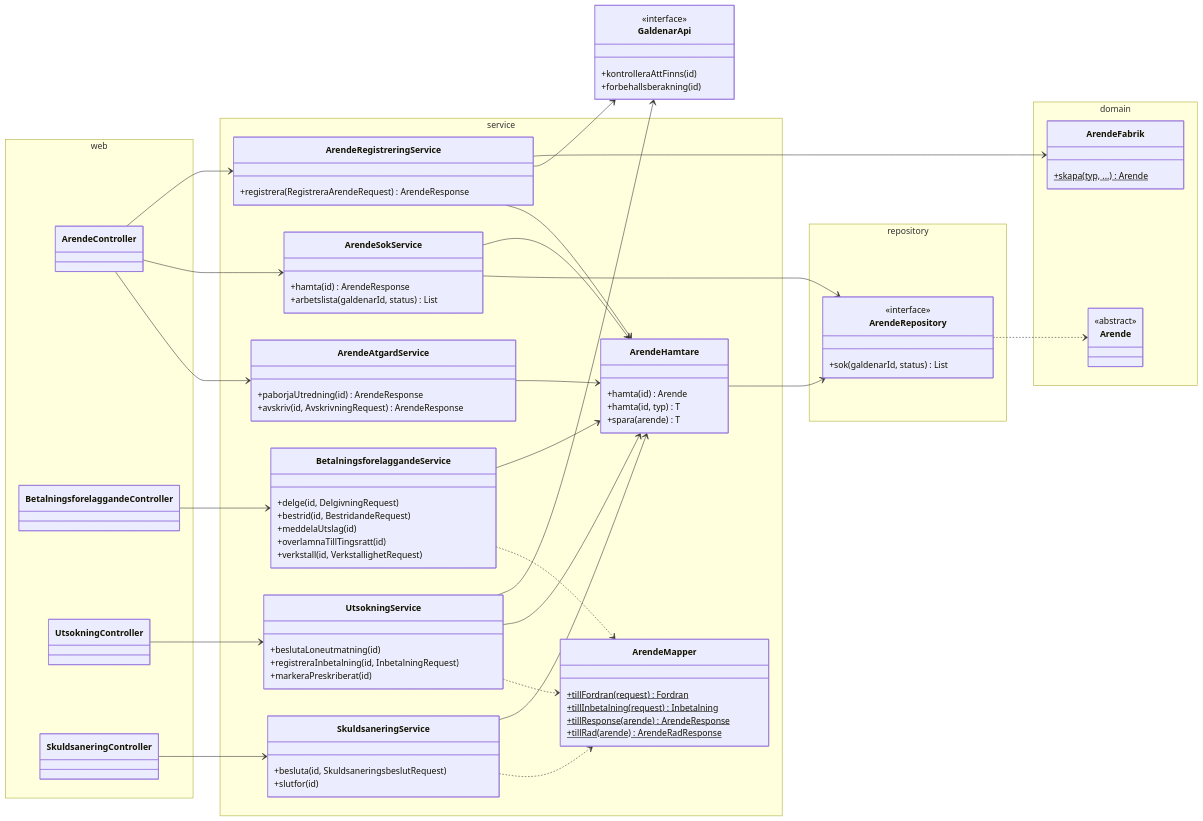
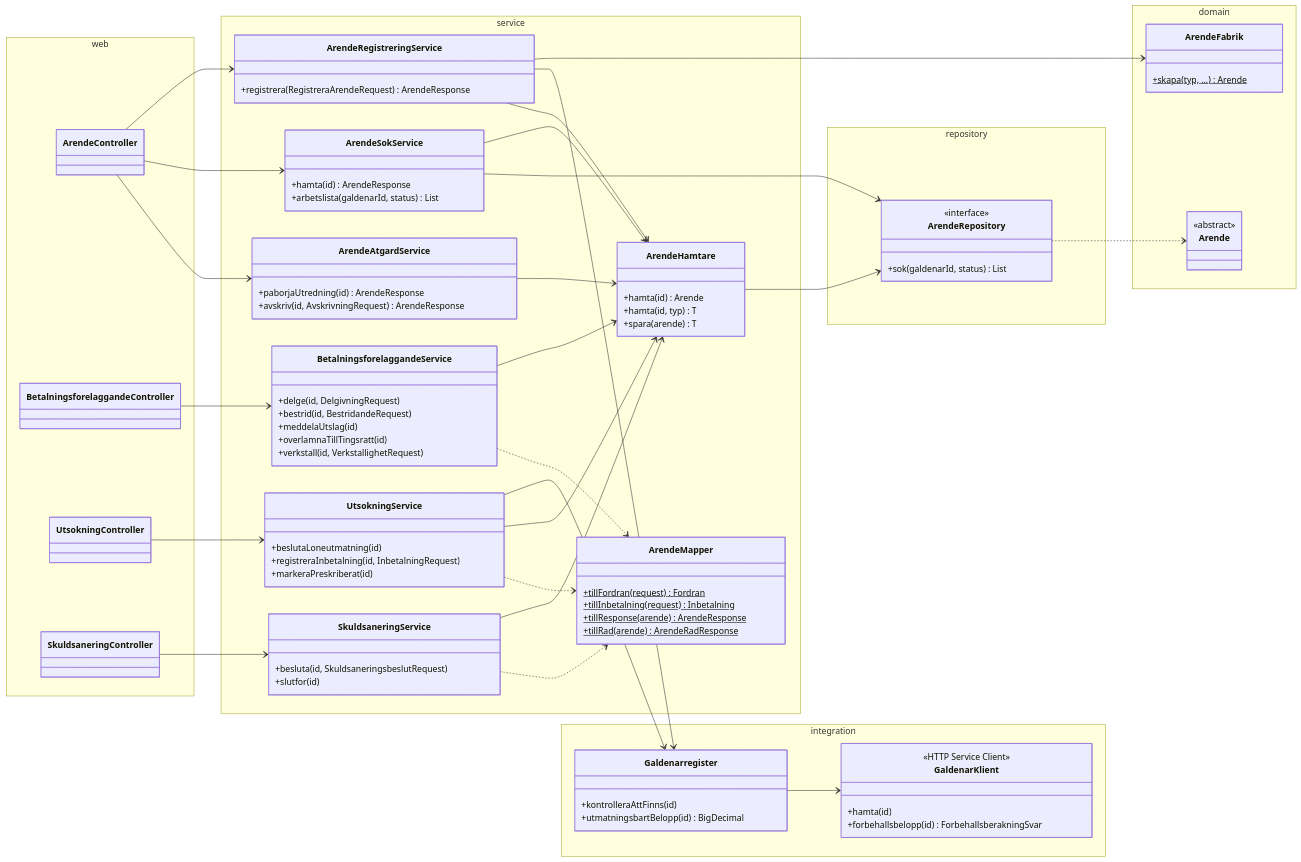
One commit to JudyTutala95/skuld-handlaggning changed the ninth of 15 diagrams in docs/diagram.md. Above: the diagram before and after it, drawn with Mermaid. The commit also changed other lines of this file and 216 other files, not shown here.

```diff
--- a/docs/diagram.md
+++ b/docs/diagram.md
@@ -436,10 +462,16 @@
         }
     }
 
-    class GaldenarApi {
-        <<interface>>
-        +kontrolleraAttFinns(id)
-        +forbehallsberakning(id)
+    namespace integration {
+        class Galdenarregister {
+            +kontrolleraAttFinns(id)
+            +utmatningsbartBelopp(id) BigDecimal
+        }
+        class GaldenarKlient {
+            <<HTTP Service Client>>
+            +hamta(id)
+            +forbehallsbelopp(id) ForbehallsberakningSvar
+        }
     }
 
     ArendeController --> ArendeRegistreringService
@@ -450,8 +482,9 @@
     SkuldsaneringController --> SkuldsaneringService
 
     ArendeRegistreringService --> ArendeFabrik
-    ArendeRegistreringService --> GaldenarApi
-    UtsokningService --> GaldenarApi
+    ArendeRegistreringService --> Galdenarregister
+    UtsokningService --> Galdenarregister
+    Galdenarregister --> GaldenarKlient
 
     ArendeRegistreringService --> ArendeHamtare
     ArendeSokService --> ArendeHamtare
```
